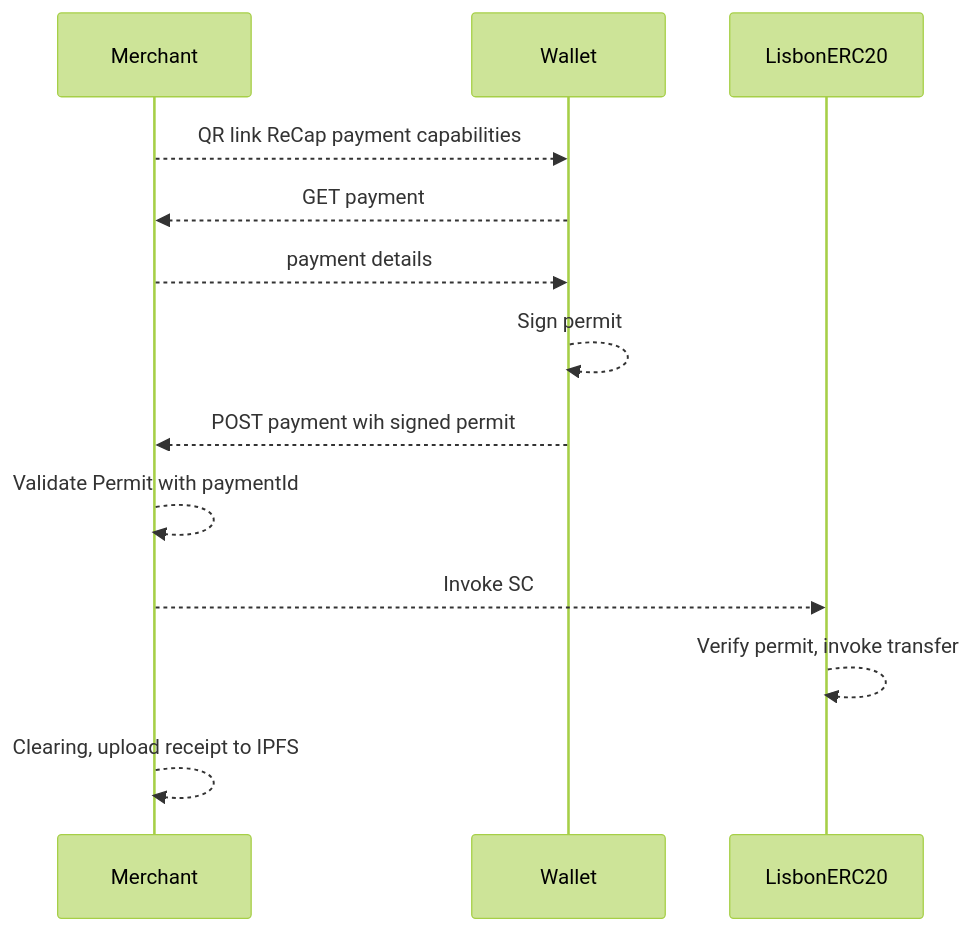
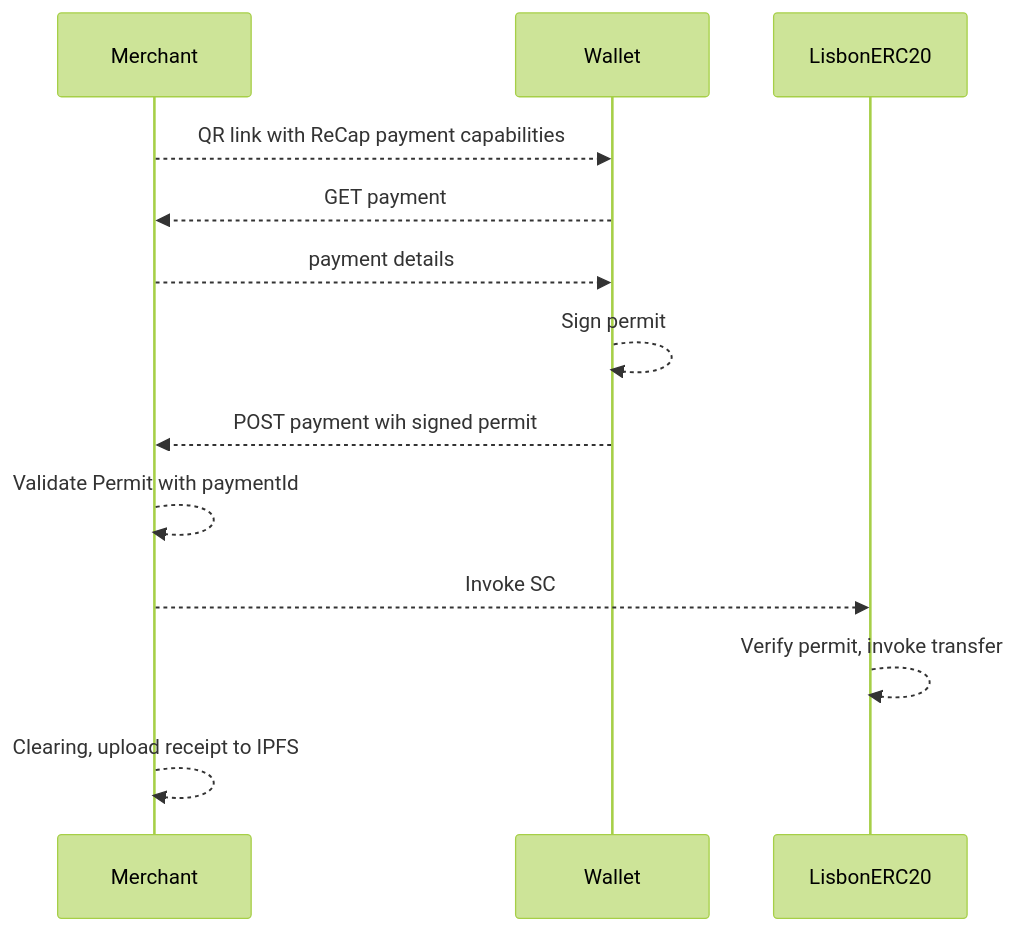
Before and after one commit to kdog1425/walletcon-payment-hacks: the diagram in README.md, drawn with Mermaid (forest theme).

````diff
--- a/README.md
+++ b/README.md
@@ -2,12 +2,12 @@
 ```mermaid
 sequenceDiagram
-    Merchant-->>Wallet: QR link ReCap payment capabilities
+    Merchant-->>Wallet: QR link with ReCap payment capabilities
     Wallet-->>Merchant: GET payment
     Merchant-->>Wallet: payment details
     Wallet-->>Wallet: Sign permit
     Wallet-->>Merchant: POST payment wih signed permit
     Merchant-->>Merchant: Validate Permit with paymentId
     Merchant-->>LisbonERC20: Invoke SC
     LisbonERC20-->>LisbonERC20: Verify permit, invoke transfer
     Merchant-->>Merchant: Clearing, upload receipt to IPFS
 ```
````
